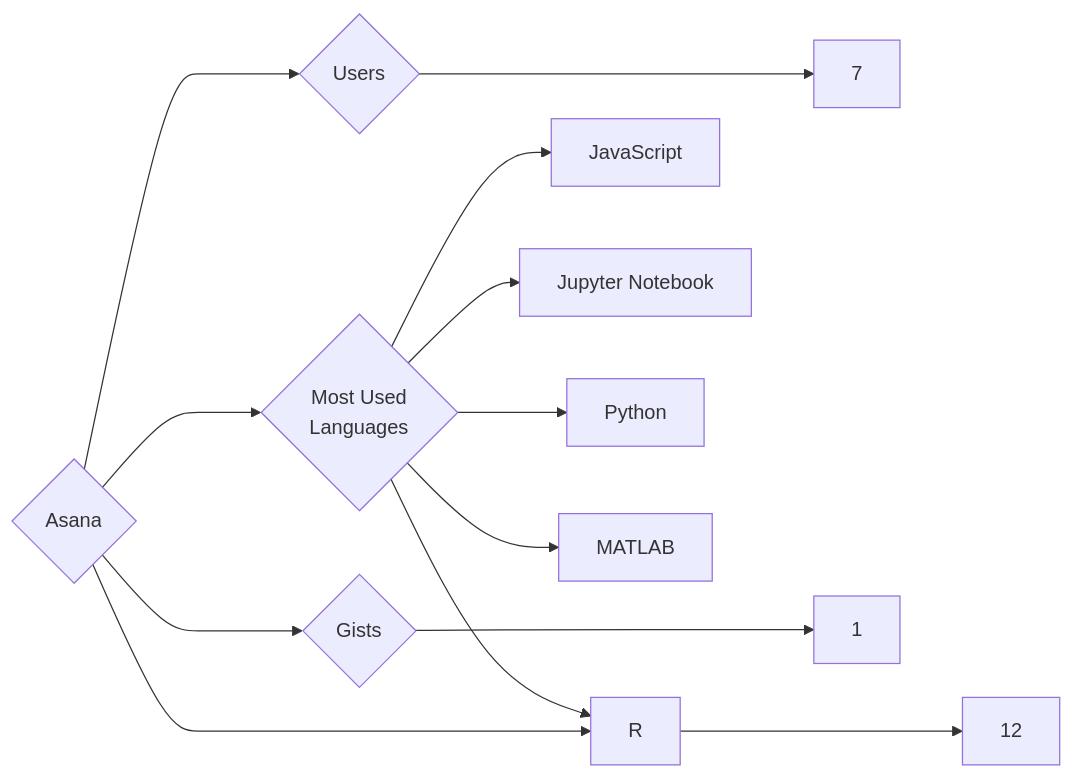
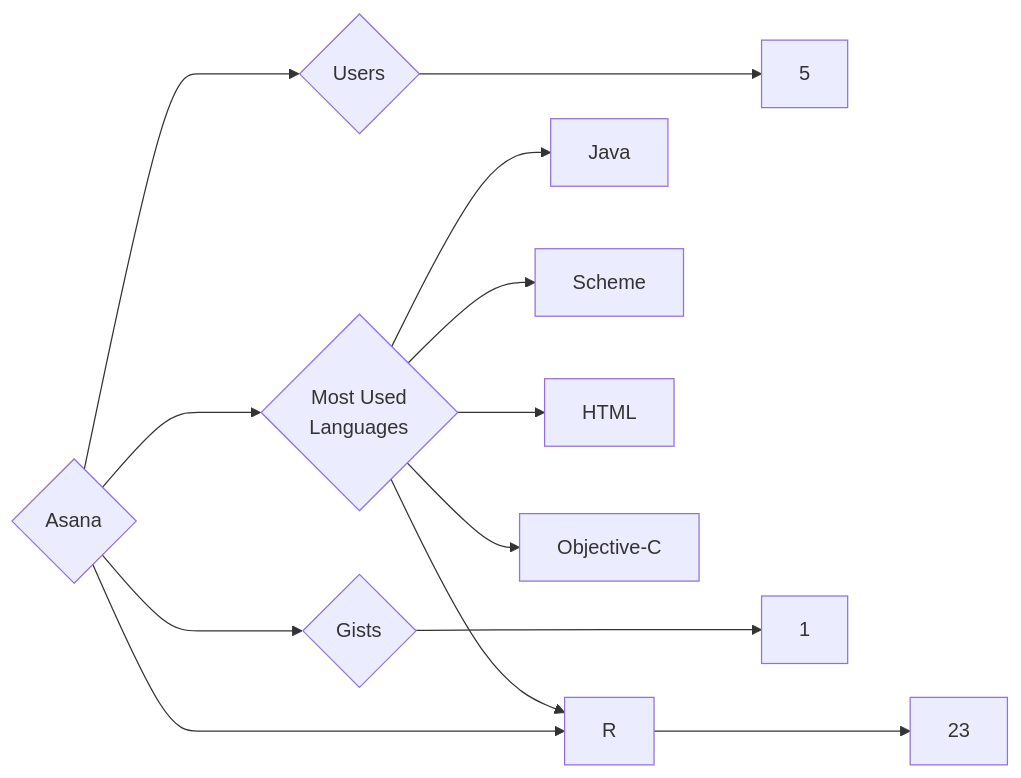
Before and after one commit to trickest/insiders: the diagram in targets/Asana/README.md, drawn with Mermaid. The commit also changed 1170 other files, not shown here.

````diff
--- a/targets/Asana/README.md
+++ b/targets/Asana/README.md
@@ -3,13 +3,13 @@
 ```mermaid
 graph LR
 COMPANY_NAME{Asana}
-COMPANY_NAME ---> U{Users} ---> UN[7]
-COMPANY_NAME ---> R{Repositories} ---> RN[12]
+COMPANY_NAME ---> U{Users} ---> UN[5]
+COMPANY_NAME ---> R{Repositories} ---> RN[23]
 COMPANY_NAME ---> G{Gists} ---> GN[1]
 COMPANY_NAME ---> ML{Most Used<br>Languages}
-ML --> JavaScript[JavaScript]
-ML --> Jupyter_Notebook[Jupyter Notebook]
+ML --> Java[Java]
+ML --> Scheme[Scheme]
+ML --> HTML[HTML]
 ML --> R[R]
-ML --> Python[Python]
-ML --> MATLAB[MATLAB]
+ML --> Objective-C[Objective-C]
 ```
````
